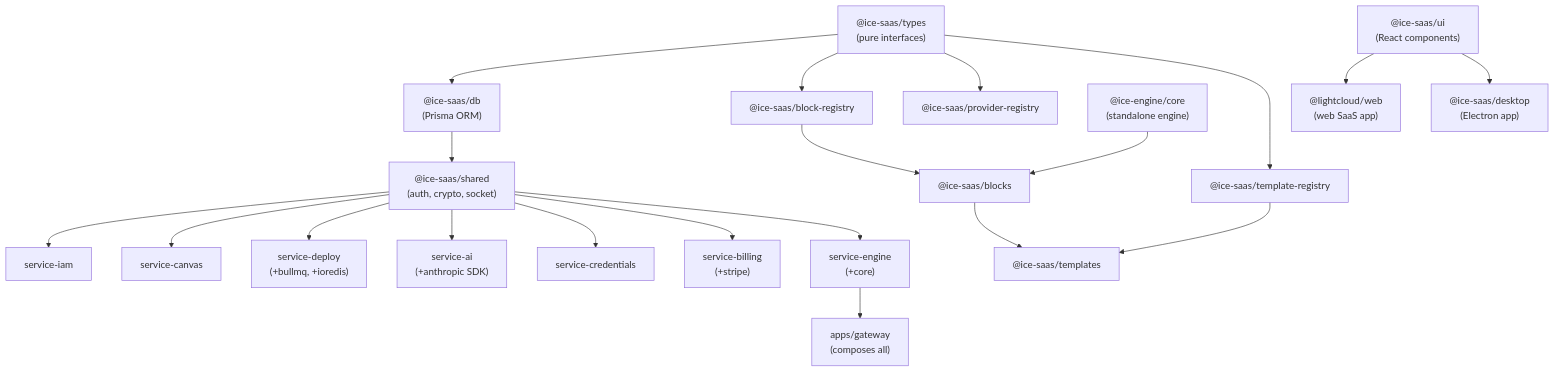
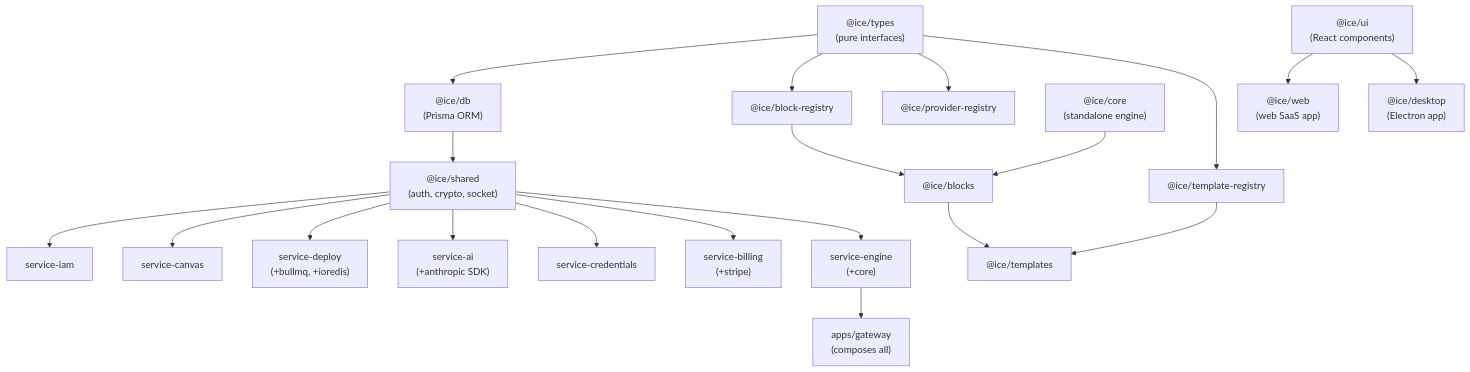
The third of 3 diagrams in docs/architecture.md (light-cloud-com/ice), drawn with Mermaid before and after one commit. The commit also changed other lines of this file and 1025 other files, not shown here.

````diff
--- a/docs/architecture.md
+++ b/docs/architecture.md
@@ -49,28 +49,28 @@
 ```mermaid
 graph TD
-    types["@ice-saas/types<br/>(pure interfaces)"]
-    types --> db["@ice-saas/db<br/>(Prisma ORM)"]
-    types --> blockreg["@ice-saas/block-registry"]
-    types --> provreg["@ice-saas/provider-registry"]
-    types --> tmplreg["@ice-saas/template-registry"]
+    types["@ice/types<br/>(pure interfaces)"]
+    types --> db["@ice/db<br/>(Prisma ORM)"]
+    types --> blockreg["@ice/block-registry"]
+    types --> provreg["@ice/provider-registry"]
+    types --> tmplreg["@ice/template-registry"]
 
-    core["@ice-engine/core<br/>(standalone engine)"]
-    core --> blocks["@ice-saas/blocks"]
+    core["@ice/core<br/>(standalone engine)"]
+    core --> blocks["@ice/blocks"]
     blockreg --> blocks
-    blocks --> templates["@ice-saas/templates"]
+    blocks --> templates["@ice/templates"]
     tmplreg --> templates
 
-    db --> shared["@ice-saas/shared<br/>(auth, crypto, socket)"]
+    db --> shared["@ice/shared<br/>(auth, crypto, socket)"]
     shared --> iam[service-iam]
     shared --> canvas[service-canvas]
     shared --> deploy["service-deploy<br/>(+bullmq, +ioredis)"]
     shared --> ai["service-ai<br/>(+anthropic SDK)"]
     shared --> creds[service-credentials]
     shared --> billing["service-billing<br/>(+stripe)"]
     shared --> engine["service-engine<br/>(+core)"]
     engine --> gateway["apps/gateway<br/>(composes all)"]
 
-    ui["@ice-saas/ui<br/>(React components)"]
-    ui --> web["@lightcloud/web<br/>(web SaaS app)"]
-    ui --> desktop["@ice-saas/desktop<br/>(Electron app)"]
+    ui["@ice/ui<br/>(React components)"]
+    ui --> web["@ice/web<br/>(web SaaS app)"]
+    ui --> desktop["@ice/desktop<br/>(Electron app)"]
 ```
````
